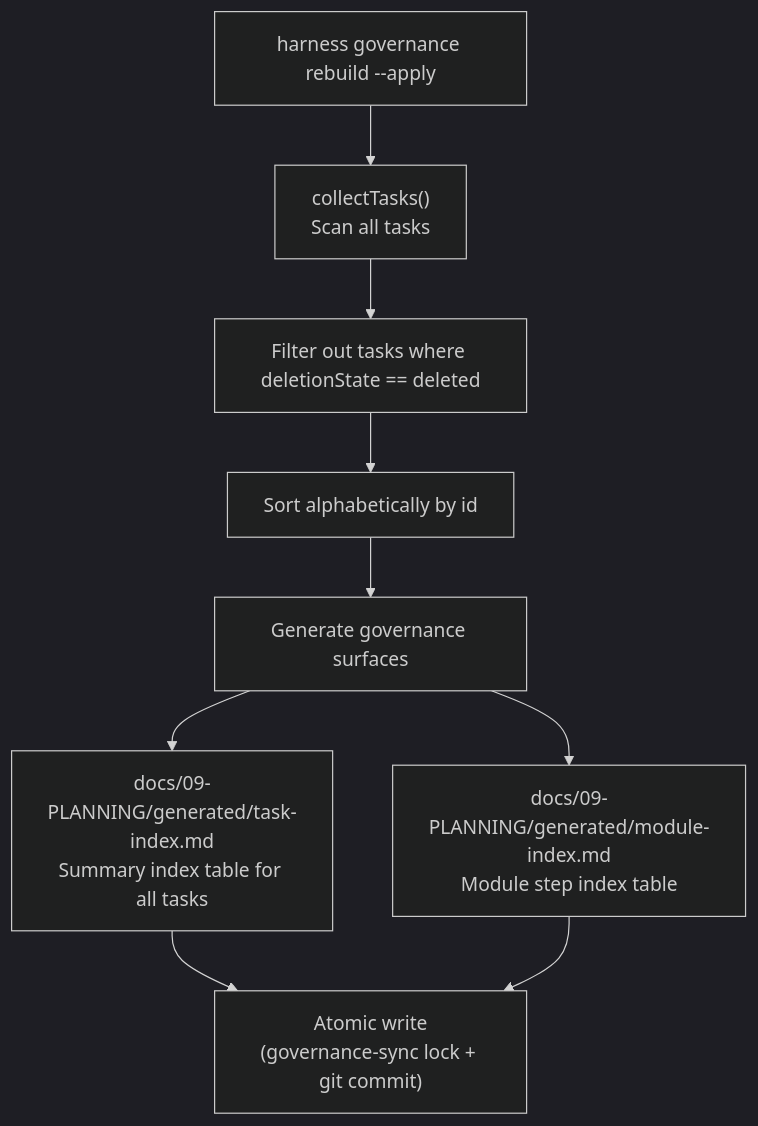
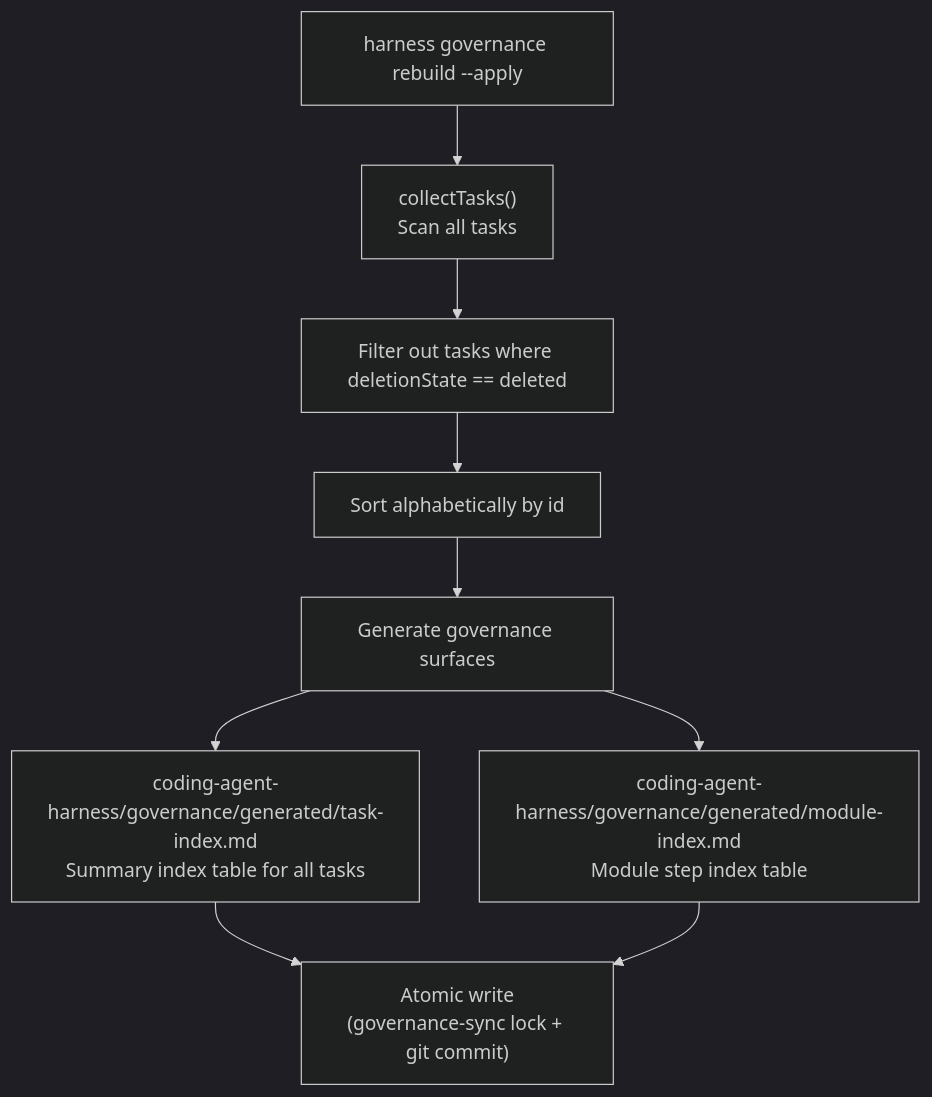
The fourth of 4 diagrams in docs-release/architecture/system-explainer/en-US/04-check-and-governance.md (FairladyZ625/coding-agent-harness), drawn with Mermaid (dark theme) before and after one commit. The commit also changed other lines of this file and 120 other files, not shown here.

````diff
--- a/docs-release/architecture/system-explainer/en-US/04-check-and-governance.md
+++ b/docs-release/architecture/system-explainer/en-US/04-check-and-governance.md
@@ -186,15 +186,15 @@
 ```mermaid
 flowchart TD
   Cmd["harness governance rebuild --apply"]
 
   Cmd --> Scan["collectTasks()\nScan all tasks"]
   Scan --> Filter["Filter out tasks where deletionState == deleted"]
   Filter --> Sort["Sort alphabetically by id"]
   Sort --> Gen["Generate governance surfaces"]
 
-  Gen --> TI["docs/09-PLANNING/generated/task-index.md\nSummary index table for all tasks"]
-  Gen --> MI["docs/09-PLANNING/generated/module-index.md\nModule step index table"]
+  Gen --> TI["coding-agent-harness/governance/generated/task-index.md\nSummary index table for all tasks"]
+  Gen --> MI["coding-agent-harness/governance/generated/module-index.md\nModule step index table"]
 
   TI --> Atomic["Atomic write\n(governance-sync lock + git commit)"]
   MI --> Atomic
 ```
````
